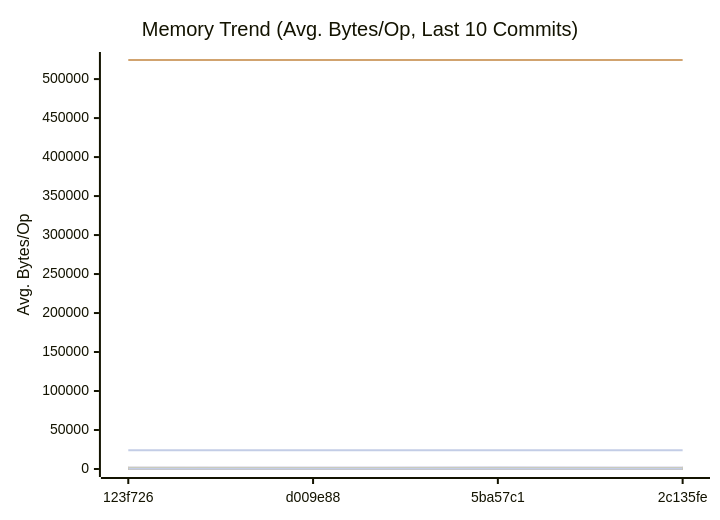
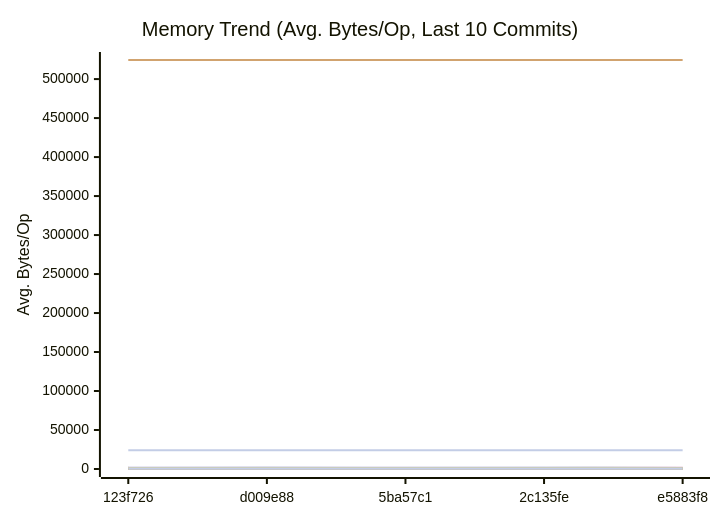
One commit to alsotoes/momo changed the second of 3 diagrams in docs/PERFORMANCE.md. Above: the diagram before and after it, drawn with Mermaid. The commit also changed other lines of this file and 6 other files, not shown here.

Commit message:
feat: r6-metadata-ha Phase 4 — shard-aware ListObjectsV2 + momofs config (#934)

````diff
--- a/docs/PERFORMANCE.md
+++ b/docs/PERFORMANCE.md
@@ -310,44 +310,44 @@
 ```mermaid
 xychart-beta
     title "Memory Trend (Avg. Bytes/Op, Last 10 Commits)"
     x-axis "Commit"
     y-axis "Avg. Bytes/Op"
-    x-axis [123f726,d009e88,5ba57c1,2c135fe]
-    line "AWSChunkedReaderSigned" [123,120,108,126,118,88,161,167,124,108]
-    line "AWSChunkedReaderUnsigned" [128,114,131,113,112,99,161,164,139,116]
+    x-axis [123f726,d009e88,5ba57c1,2c135fe,e5883f8]
+    line "AWSChunkedReaderSigned" [120,108,126,118,88,161,167,124,108,128]
+    line "AWSChunkedReaderUnsigned" [114,131,113,112,99,161,164,139,116,147]
     line "CheckMetricsAndSwap" [0,0,0,0,0,0,0,0,0,0]
     line "CrushOptimized" [0,0,0,0,0,0,0,0,0,0]
     line "CrushOriginal" [164,164,164,164,164,164,164,164,164,164]
-    line "FormatListObjectsV2XML_AppendFormat" [524462,524471,524446,524472,524454,524455,524439,524442,524446,524462]
+    line "FormatListObjectsV2XML_AppendFormat" [524471,524446,524472,524454,524455,524439,524442,524446,524462,524483]
     line "FormatListObjectsV2XML_OldFormat" [24000,24000,24000,24000,24000,24000,24000,24000,24000,24000]
-    line "HashBytes/1MiB" [243,290,192,235,210,295,265,304,292,205]
-    line "HashBytes/256MiB" [256,223,299,222,227,257,282,305,290,229]
-    line "HashBytes/64MiB" [314,223,223,195,242,298,280,320,276,225]
-    line "HashFile/1MiB" [265,220,288,221,243,239,312,273,313,212]
-    line "HashFile/256MiB" [228,267,242,219,218,259,338,304,264,203]
-    line "HashFile/64MiB" [233,279,243,223,234,270,336,269,324,201]
+    line "HashBytes/1MiB" [290,192,235,210,295,265,304,292,205,221]
+    line "HashBytes/256MiB" [223,299,222,227,257,282,305,290,229,220]
+    line "HashBytes/64MiB" [223,223,195,242,298,280,320,276,225,211]
+    line "HashFile/1MiB" [220,288,221,243,239,312,273,313,212,204]
+    line "HashFile/256MiB" [267,242,219,218,259,338,304,264,203,205]
+    line "HashFile/64MiB" [279,243,223,234,270,336,269,324,201,204]
     line "IndexDirectTracking" [0,0,0,0,0,0,0,0,0,0]
     line "IndexSearch" [0,0,0,0,0,0,0,0,0,0]
     line "LastModifiedHeader_AppendFormat" [0,0,0,0,0,0,0,0,0,0]
     line "LastModifiedHeader_Format" [32,32,32,32,32,32,32,32,32,32]
     line "LoadGlobalConfig" [1976,1976,1976,1976,1976,1976,1976,1976,1976,1976]
-    line "LocalWrite/1MiB" [1878,2000,2141,1920,2442,1282,1458,2352,2430,1992]
-    line "LocalWrite/256MiB" [2213,2198,2074,2231,2163,1698,2231,2851,2682,2123]
-    line "LocalWrite/64MiB" [1996,2347,2291,2205,2167,1927,2401,2788,2594,2044]
+    line "LocalWrite/1MiB" [2000,2141,1920,2442,1282,1458,2352,2430,1992,1318]
+    line "LocalWrite/256MiB" [2198,2074,2231,2163,1698,2231,2851,2682,2123,1776]
+    line "LocalWrite/64MiB" [2347,2291,2205,2167,1927,2401,2788,2594,2044,1265]
     line "PadString" [64,64,64,64,64,64,64,64,64,64]
     line "ParseReplicationOrder_NoPrealloc" [408,408,408,408,408,248,248,248,248,248]
     line "ParseReplicationOrder_Prealloc" [240,240,240,240,240,80,80,80,80,80]
     line "Placement" [352,352,352,352,352,352,352,352,352,352]
     line "PlacementDomainSpread" [352,352,352,352,352,352,352,352,352,352]
-    line "ReadVerify/1MiB" [269,310,206,206,214,172,334,276,292,235]
-    line "ReadVerify/256MiB" [243,229,259,238,281,190,268,334,304,216]
-    line "ReadVerify/64MiB" [258,279,238,217,213,200,313,289,245,165]
-    line "S3PutSpool/1MiB" [188,188,261,207,221,160,277,241,233,181]
-    line "S3PutSpool/256MiB" [211,206,216,178,219,235,247,254,258,182]
-    line "S3PutSpool/64MiB" [227,211,189,243,247,177,273,230,242,175]
+    line "ReadVerify/1MiB" [310,206,206,214,172,334,276,292,235,206]
+    line "ReadVerify/256MiB" [229,259,238,281,190,268,334,304,216,201]
+    line "ReadVerify/64MiB" [279,238,217,213,200,313,289,245,165,200]
+    line "S3PutSpool/1MiB" [188,261,207,221,160,277,241,233,181,162]
+    line "S3PutSpool/256MiB" [206,216,178,219,235,247,254,258,182,190]
+    line "S3PutSpool/64MiB" [211,189,243,247,177,273,230,242,175,170]
     line "SanitizeLog/Safe" [0,0,0,0,0,0,0,0,0,0]
     line "SanitizeLog/Unsafe" [704,704,704,704,704,704,704,704,704,704]
-    line "TrustedRead/1MiB" [225,283,294,223,233,286,297,309,258,162]
-    line "TrustedRead/256MiB" [229,250,288,250,265,163,303,311,285,186]
-    line "TrustedRead/64MiB" [239,258,271,256,267,198,308,293,274,201]
+    line "TrustedRead/1MiB" [283,294,223,233,286,297,309,258,162,184]
+    line "TrustedRead/256MiB" [250,288,250,265,163,303,311,285,186,175]
+    line "TrustedRead/64MiB" [258,271,256,267,198,308,293,274,201,160]
 ```
````
